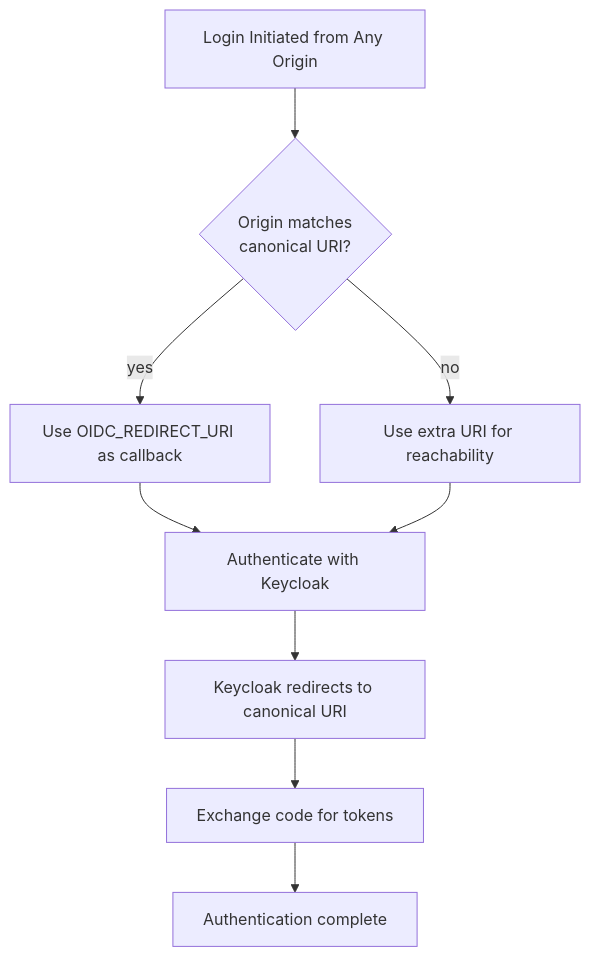
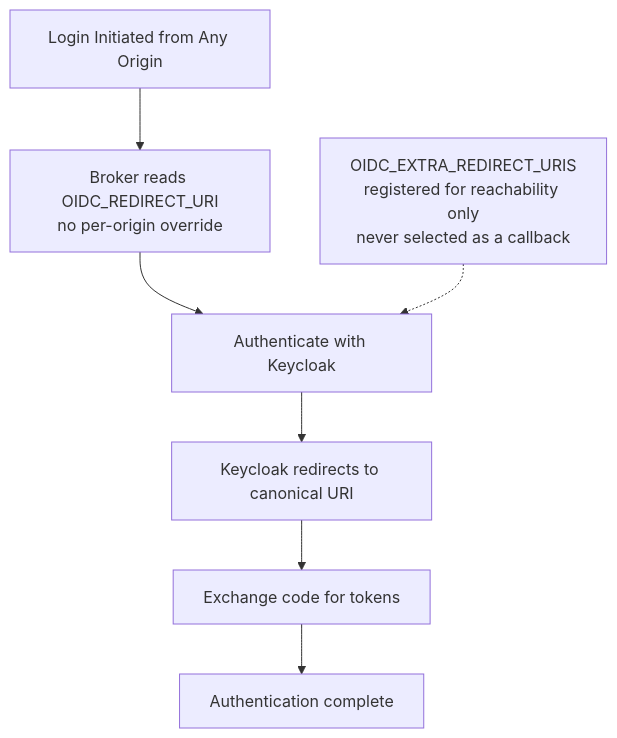
The ninth of 24 diagrams in .qoder/repowiki/en/content/Tool Gateway Service/Configuration and Environment Setup.md (metasync/luban-aiops), drawn with Mermaid before and after one commit. The commit also changed other lines of this file and 5 other files, not shown here.

````diff
--- a/.qoder/repowiki/en/content/Tool Gateway Service/Configuration and Environment Setup.md
+++ b/.qoder/repowiki/en/content/Tool Gateway Service/Configuration and Environment Setup.md
@@ -766,11 +765,9 @@
 ```mermaid
 flowchart TD
-LoginStart["Login Initiated from Any Origin"] --> CheckOrigin{"Origin matches<br/>canonical URI?"}
-CheckOrigin --> |yes| UseCanonical["Use OIDC_REDIRECT_URI as callback"]
-CheckOrigin --> |no| UseExtra["Use extra URI for reachability"]
-UseCanonical --> KeycloakAuth["Authenticate with Keycloak"]
-UseExtra --> KeycloakAuth
+LoginStart["Login Initiated from Any Origin"] --> FixedCallback["Broker reads OIDC_REDIRECT_URI<br/>no per-origin override"]
+FixedCallback --> KeycloakAuth["Authenticate with Keycloak"]
 KeycloakAuth --> RedirectBack["Keycloak redirects to canonical URI"]
 RedirectBack --> ExchangeCode["Exchange code for tokens"]
 ExchangeCode --> Complete["Authentication complete"]
+ExtraURIs["OIDC_EXTRA_REDIRECT_URIS<br/>registered for reachability only<br/>never selected as a callback"] -.-> KeycloakAuth
 ```
````
